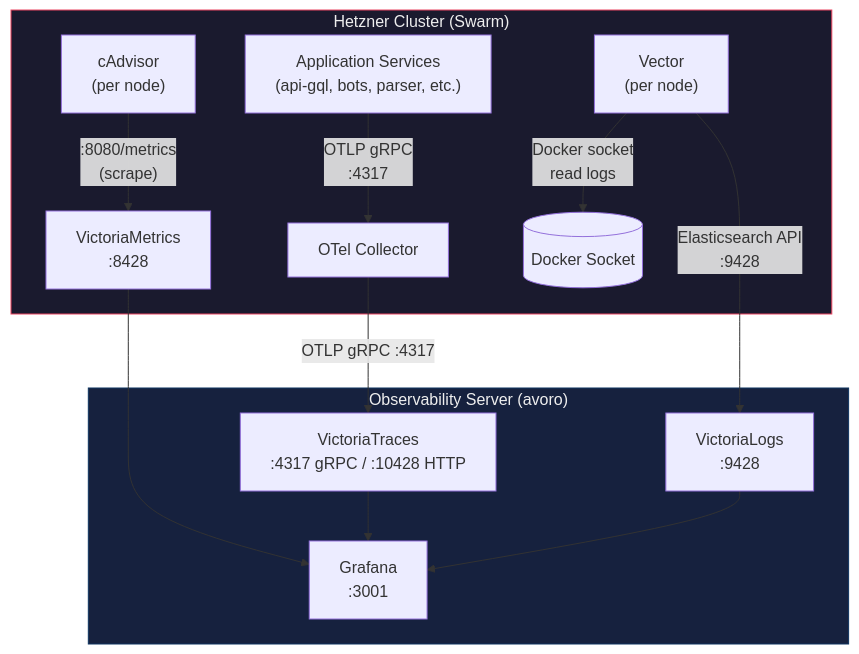
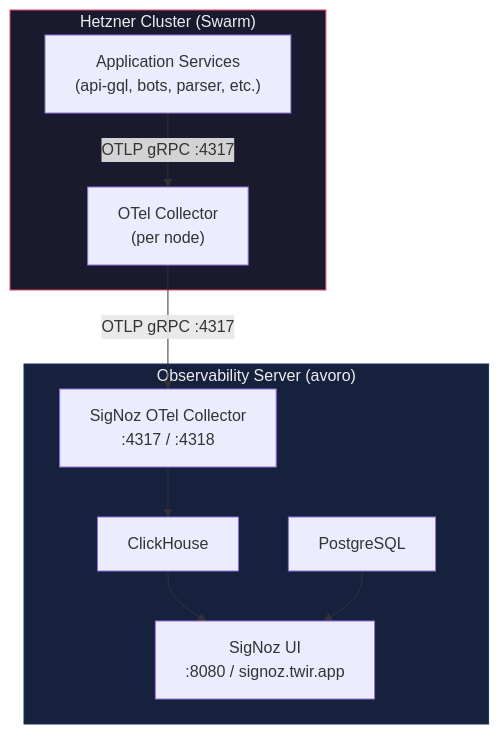
One commit to twirapp/twir changed the diagram in OBSERVABILITY.md. Above: the diagram before and after it, drawn with Mermaid. The commit also changed other lines of this file and 21 other files, not shown here.

First line of the commit message:
refactor: replace Victoria* + Grafana with SigNoz self-hosted

````diff
--- a/OBSERVABILITY.md
+++ b/OBSERVABILITY.md
@@ -7,29 +7,24 @@
 ```mermaid
 graph TB
     subgraph hetzner["Hetzner Cluster (Swarm)"]
         APP["Application Services<br/>(api-gql, bots, parser, etc.)"]
-        OTEL["OTel Collector"]
-        CADVISOR["cAdvisor<br/>(per node)"]
-        VECTOR["Vector<br/>(per node)"]
+        OTEL["OTel Collector<br/>(per node)"]
 
-        APP -->|"OTLP gRPC<br/>:4317"| OTEL
-        CADVISOR -->|":8080/metrics<br/>(scrape)"| VM
-        VECTOR -->|"Docker socket<br/>read logs"| DOCKER_SOCK[("Docker Socket")]
+        APP -->|"OTLP gRPC :4317"| OTEL
     end
 
     subgraph avoro["Observability Server (avoro)"]
-        VT["VictoriaTraces<br/>:4317 gRPC / :10428 HTTP"]
-        VM["VictoriaMetrics<br/>:8428"]
-        VL["VictoriaLogs<br/>:9428"]
-        GRAFANA["Grafana<br/>:3001"]
+        SIGNOZ["SigNoz UI<br/>:8080 / signoz.twir.app"]
+        OTEL_SN["SigNoz OTel Collector<br/>:4317 / :4318"]
+        CH["ClickHouse"]
+        PG["PostgreSQL"]
     end
 
-    OTEL -->|"OTLP gRPC :4317"| VT
-    VECTOR -->|"Elasticsearch API<br/>:9428"| VL
-    VM --> GRAFANA
-    VT --> GRAFANA
-    VL --> GRAFANA
+    OTEL -->|"OTLP gRPC :4317"| OTEL_SN
+    OTEL_SN --> CH
+    CH --> SIGNOZ
+    PG --> SIGNOZ
 
     style hetzner fill:#1a1a2e,stroke:#e94560,color:#eee
     style avoro fill:#16213e,stroke:#0f3460,color:#eee
 ```
````
